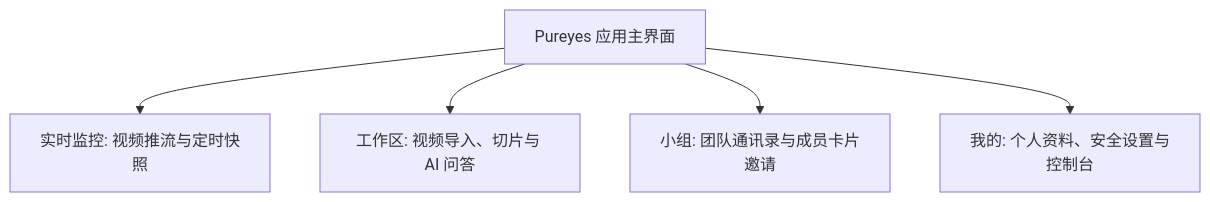
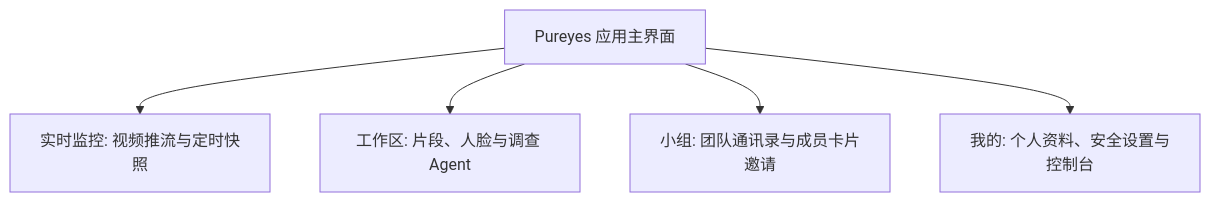
Before and after one commit to EmadowKy/pureyes-harmony: the diagram in docs/user-guide/02-quick-start.md, drawn with Mermaid. The commit also changed other lines of this file and 13 other files, not shown here.

````diff
--- a/docs/user-guide/02-quick-start.md
+++ b/docs/user-guide/02-quick-start.md
@@ -38,7 +38,7 @@
 ```mermaid
 graph TD
     App[Pureyes 应用主界面] --> Tab1[实时监控: 视频推流与定时快照]
-    App --> Tab2[工作区: 视频导入、切片与 AI 问答]
+    App --> Tab2[工作区: 片段、人脸与调查 Agent]
     App --> Tab3[小组: 团队通讯录与成员卡片邀请]
     App --> Tab4[我的: 个人资料、安全设置与控制台]
 ```
````
